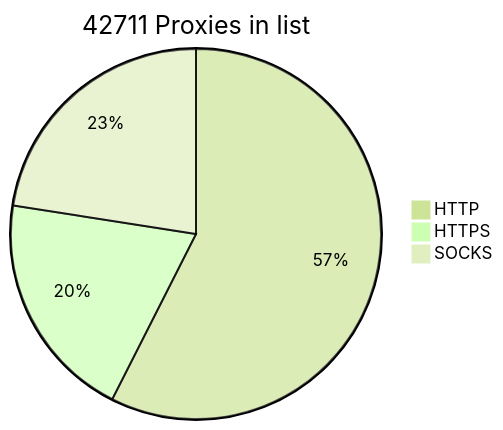
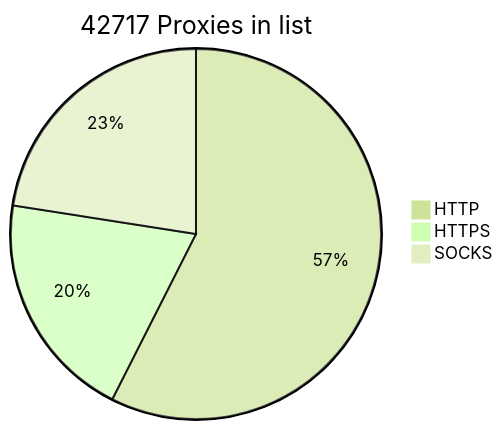
One commit to BlackSnowDot/proxylist-update-every-minute changed the diagram in README.md. Above: the diagram before and after it, drawn with Mermaid (forest theme).

````diff
--- a/README.md
+++ b/README.md
@@ -2,6 +2,6 @@
 ```mermaid
-pie title 42711 Proxies in list
-    "HTTP" : 28285
-    "HTTPS": 9846
-    "SOCKS" : 11090
+pie title 42717 Proxies in list
+    "HTTP" : 28286
+    "HTTPS": 9850
+    "SOCKS" : 11091
 ```
````
